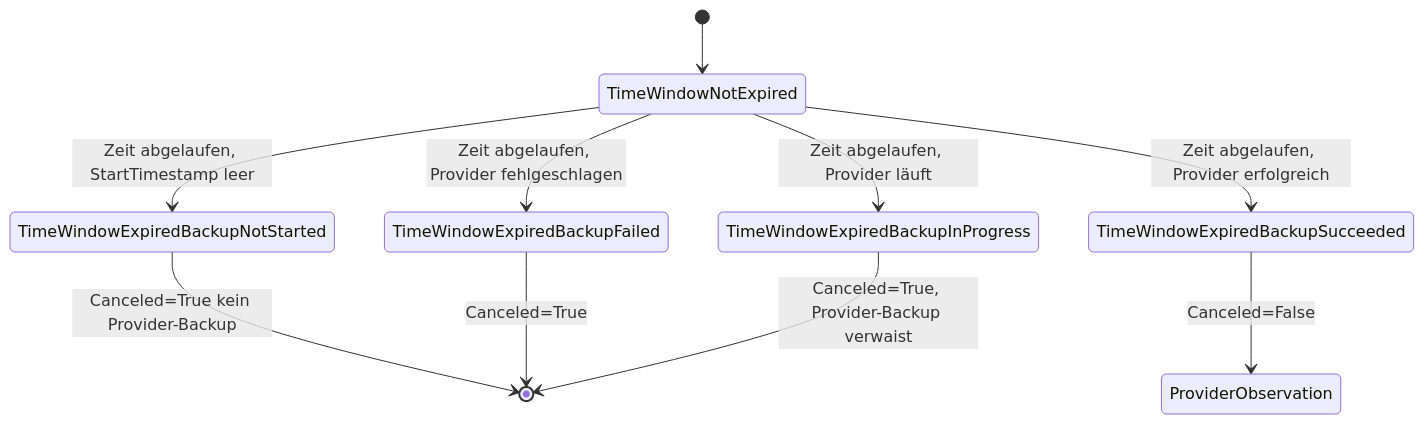
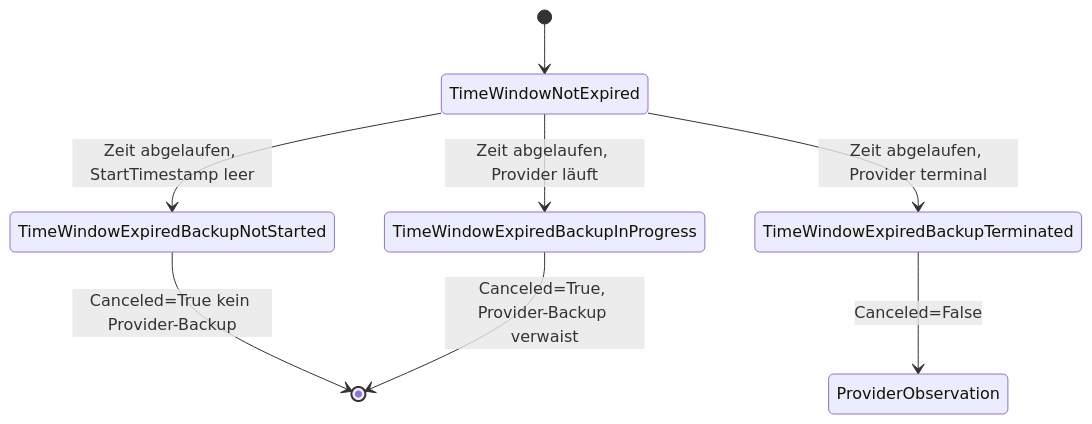
One commit to cloudogu/k8s-backup-operator changed the second of 4 diagrams in docs/development/backup/backup_process_de.md. Above: the diagram before and after it, drawn with Mermaid. The commit also changed other lines of this file and 3 other files, not shown here.

````diff
--- a/docs/development/backup/backup_process_de.md
+++ b/docs/development/backup/backup_process_de.md
@@ -93,12 +93,10 @@
 ```mermaid
 stateDiagram-v2
     [*] --> TimeWindowNotExpired
     TimeWindowNotExpired --> TimeWindowExpiredBackupNotStarted: Zeit abgelaufen, StartTimestamp leer
     TimeWindowNotExpired --> TimeWindowExpiredBackupInProgress: Zeit abgelaufen, Provider läuft
-    TimeWindowNotExpired --> TimeWindowExpiredBackupFailed: Zeit abgelaufen, Provider fehlgeschlagen
-    TimeWindowNotExpired --> TimeWindowExpiredBackupSucceeded: Zeit abgelaufen, Provider erfolgreich
+    TimeWindowNotExpired --> TimeWindowExpiredBackupTerminated: Zeit abgelaufen, Provider terminal
     TimeWindowExpiredBackupNotStarted --> [*]: Canceled=True kein Provider-Backup
-    TimeWindowExpiredBackupFailed --> [*]: Canceled=True
     TimeWindowExpiredBackupInProgress --> [*]: Canceled=True, Provider-Backup verwaist
-    TimeWindowExpiredBackupSucceeded --> ProviderObservation: Canceled=False
+    TimeWindowExpiredBackupTerminated --> ProviderObservation: Canceled=False
 ```
````
